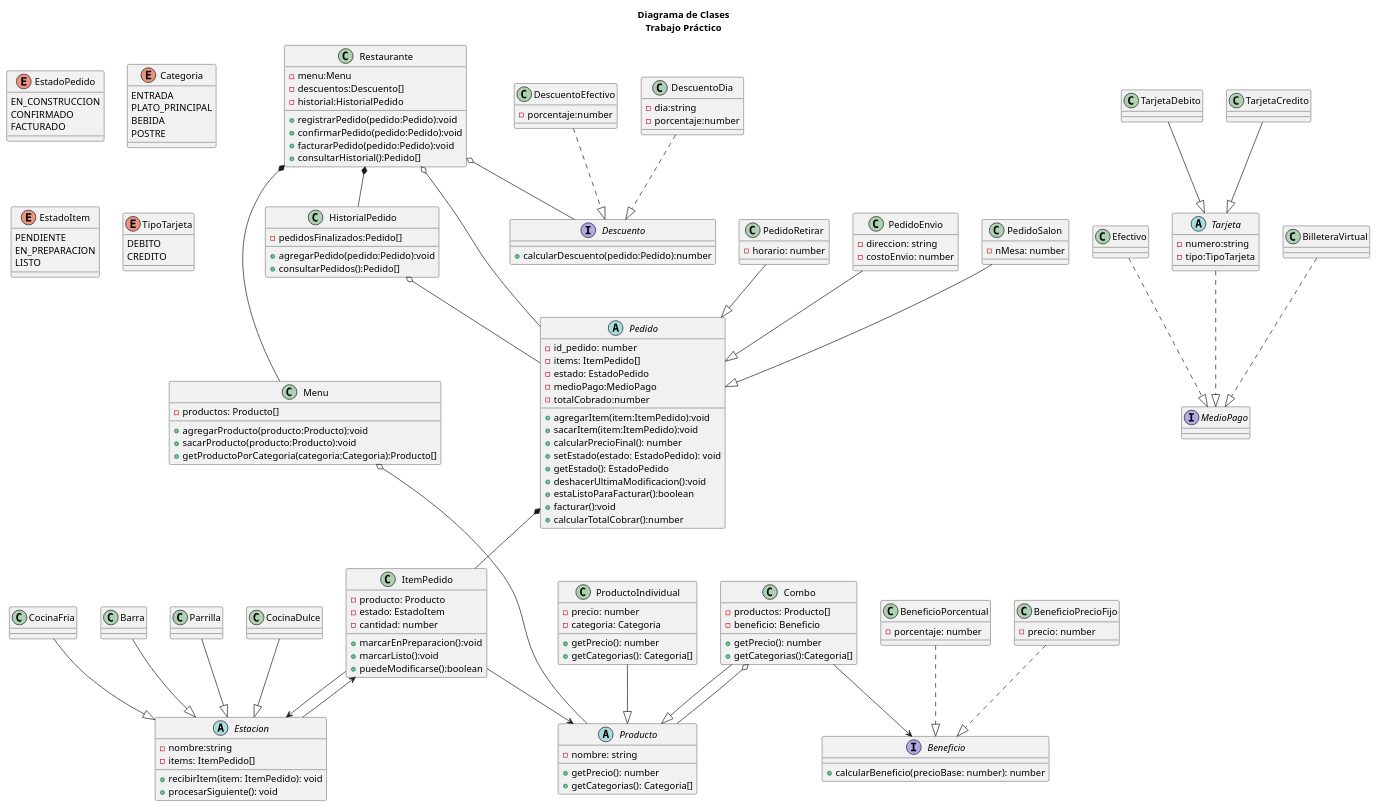
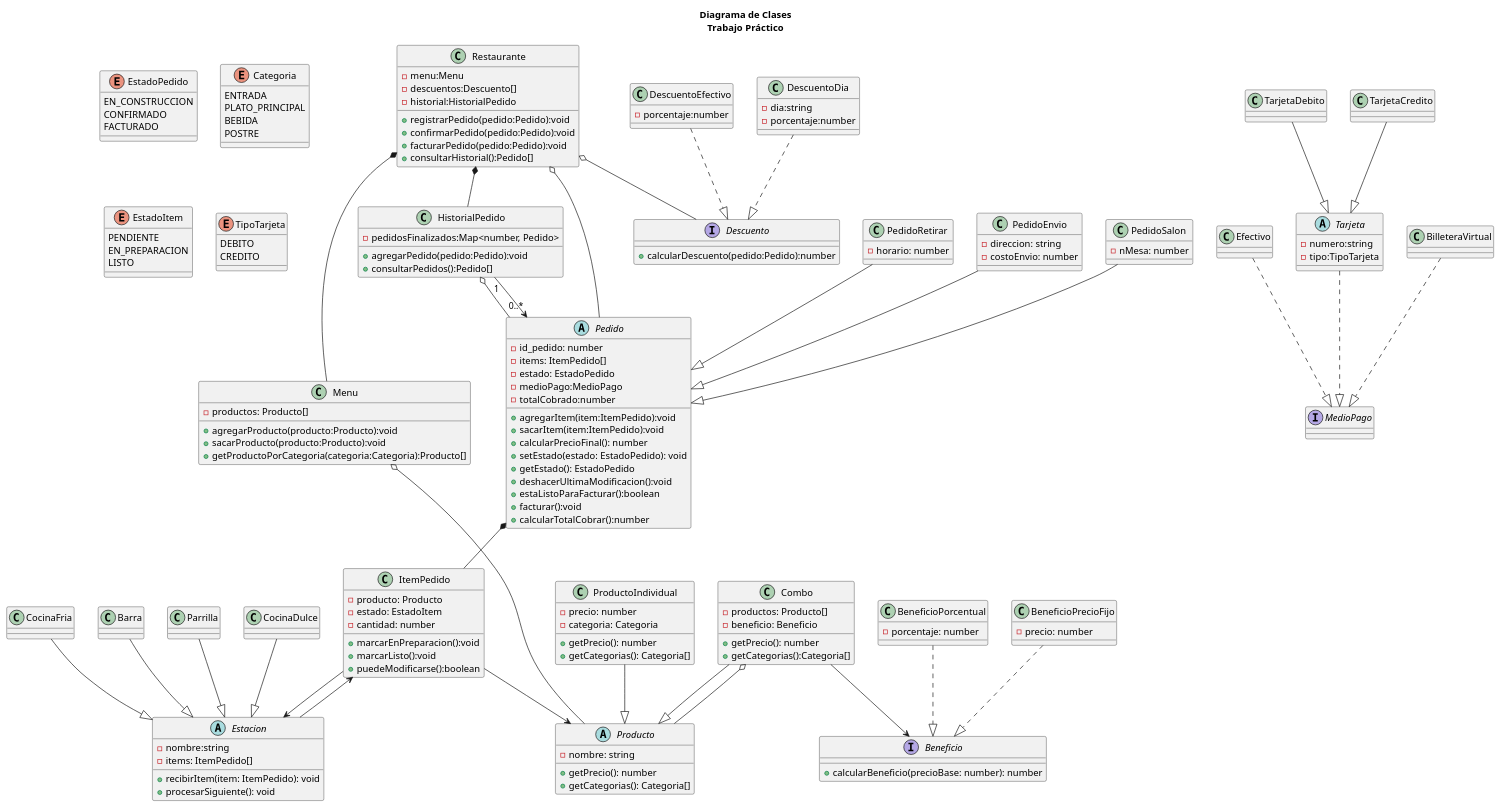
Before and after one commit to crstian8819/tp-grupo-11: the diagram in diagrama/diagrama.puml, drawn with PlantUML.

Commit message:
Modificacion en historialPedidos. Se convirtió en Map.

```diff
--- a/diagrama/diagrama.puml
+++ b/diagrama/diagrama.puml
@@ -212,9 +212,12 @@
     DescuentoDia ..|> Descuento
     '-------------------- Historial------------------------
     class HistorialPedido{
-        -pedidosFinalizados:Pedido[]
+        -pedidosFinalizados:Map<number, Pedido>
         +agregarPedido(pedido:Pedido):void
         +consultarPedidos():Pedido[]
     }
     HistorialPedido o-- Pedido
+    HistorialPedido "1" --> "0..*" Pedido
+    'Un pedido contiene exactamente Un registro en historial de Pedidos
+    'HistorialPedido puede contener 0 o muchos pedidos.
 @enduml
```
